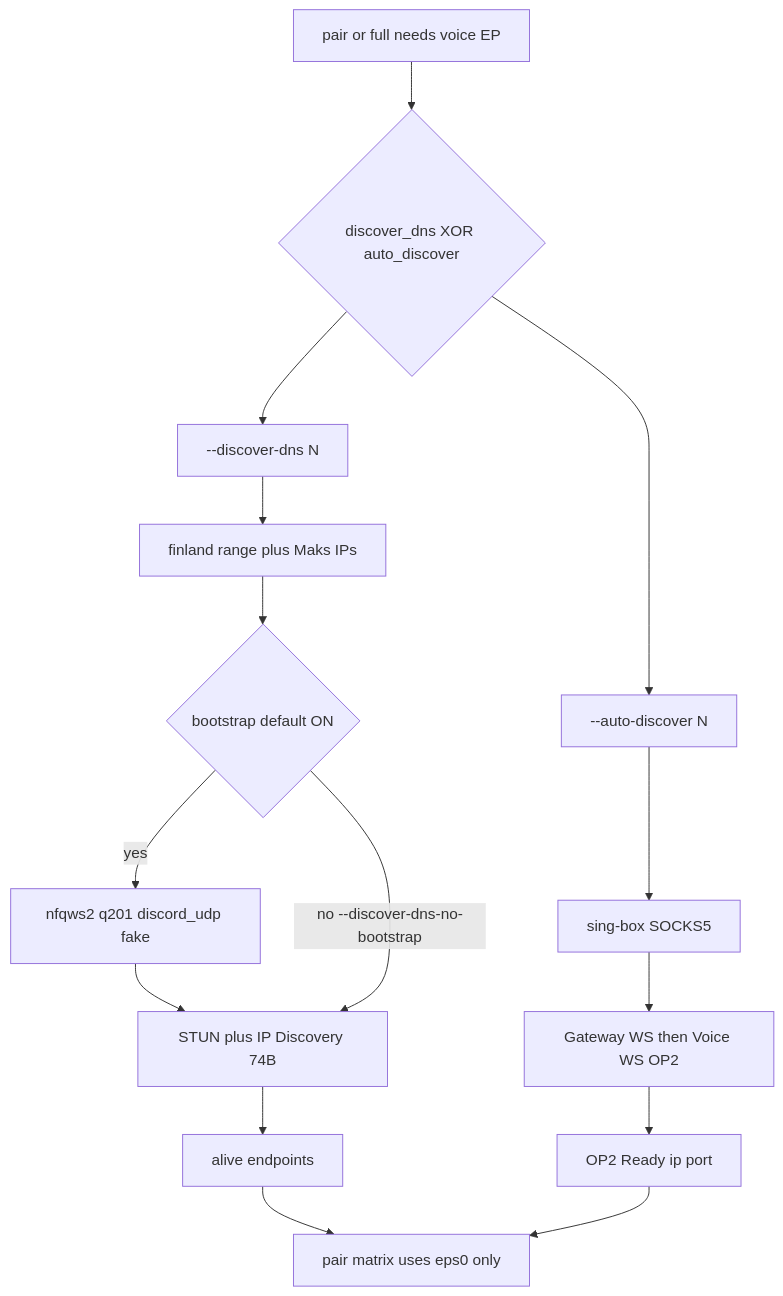
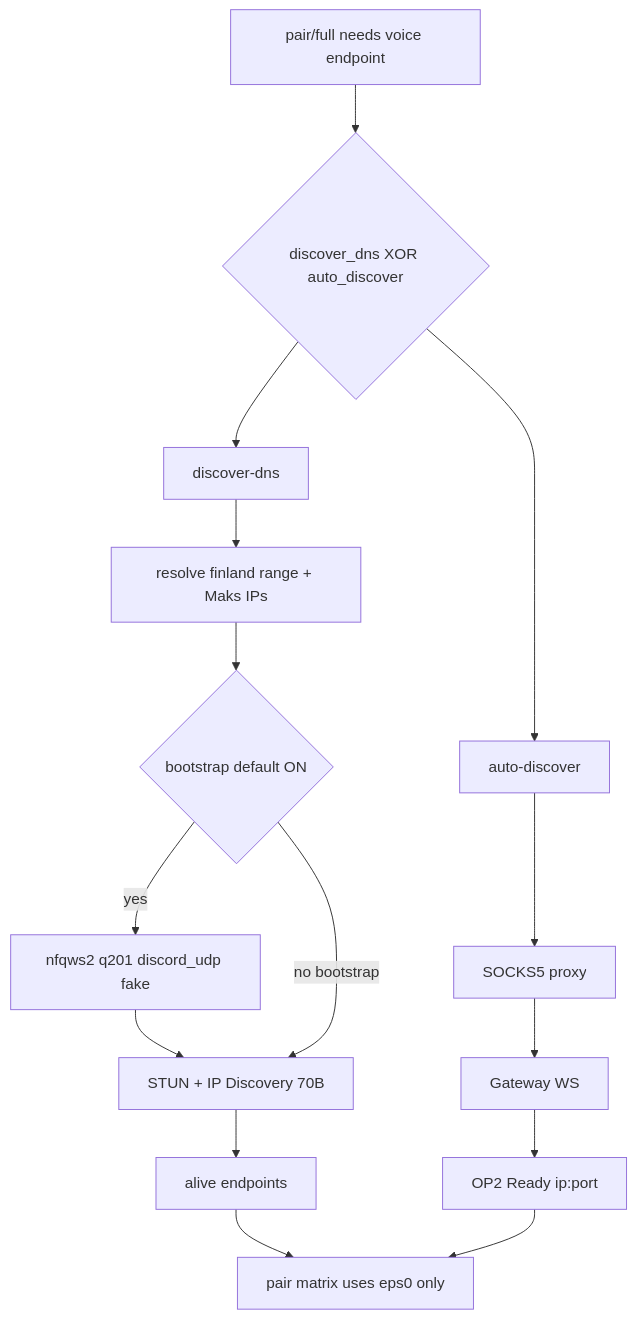
Before and after one commit to zhoel-sherk/blockcheckS: the ninth of 13 diagrams in docs/architecture.md, drawn with Mermaid. The commit also changed other lines of this file and 22 other files, not shown here.

````diff
--- a/docs/architecture.md
+++ b/docs/architecture.md
@@ -279,25 +504,17 @@
 ```mermaid
 flowchart TD
-  need[pair or full needs voice EP]
-  mutex{discover_dns XOR auto_discover}
-  dnsPath["--discover-dns N"]
-  autoPath["--auto-discover N"]
-  resolve[finland range plus Maks IPs]
-  boot{bootstrap default ON}
-  bootNfq["nfqws2 q201 discord_udp fake"]
-  dual[STUN plus IP Discovery 74B]
-  alive[alive endpoints]
-  proxy[sing-box SOCKS5]
-  gw[Gateway WS then Voice WS OP2]
-  ready[OP2 Ready ip port]
-  use["pair matrix uses eps0 only"]
-
-  need --> mutex
-  mutex --> dnsPath
-  mutex --> autoPath
-  dnsPath --> resolve --> boot
-  boot -->|yes| bootNfq --> dual
-  boot -->|no --discover-dns-no-bootstrap| dual
-  dual --> alive --> use
-  autoPath --> proxy --> gw --> ready --> use
+  need["pair/full needs voice endpoint"] --> mutex{"discover_dns XOR auto_discover"}
+  mutex --> dnsPath["discover-dns"]
+  mutex --> autoPath["auto-discover"]
+  dnsPath --> resolve["resolve finland range + Maks IPs"]
+  resolve --> boot{"bootstrap default ON"}
+  boot -->|yes| bootNfq["nfqws2 q201 discord_udp fake"]
+  bootNfq --> dual["STUN + IP Discovery 70B"]
+  boot -->|no bootstrap| dual
+  dual --> alive["alive endpoints"]
+  alive --> use["pair matrix uses eps0 only"]
+  autoPath --> proxy["SOCKS5 proxy"]
+  proxy --> gw["Gateway WS"]
+  gw --> ready["OP2 Ready ip:port"]
+  ready --> use
 ```
````
